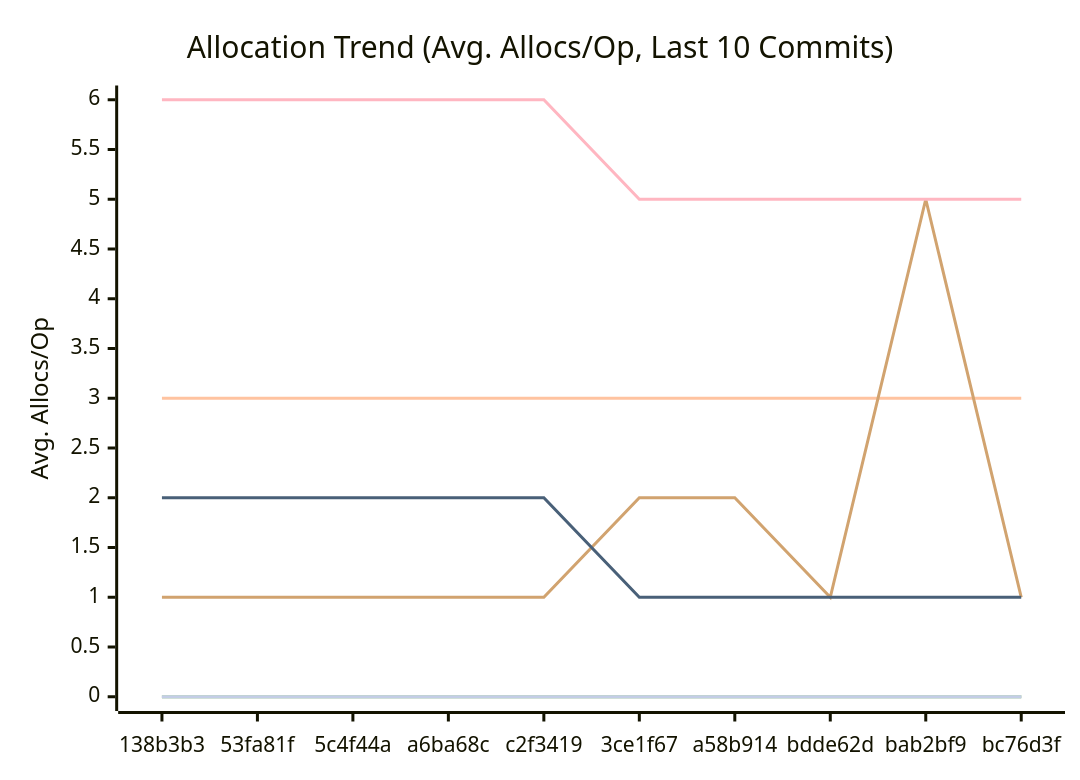
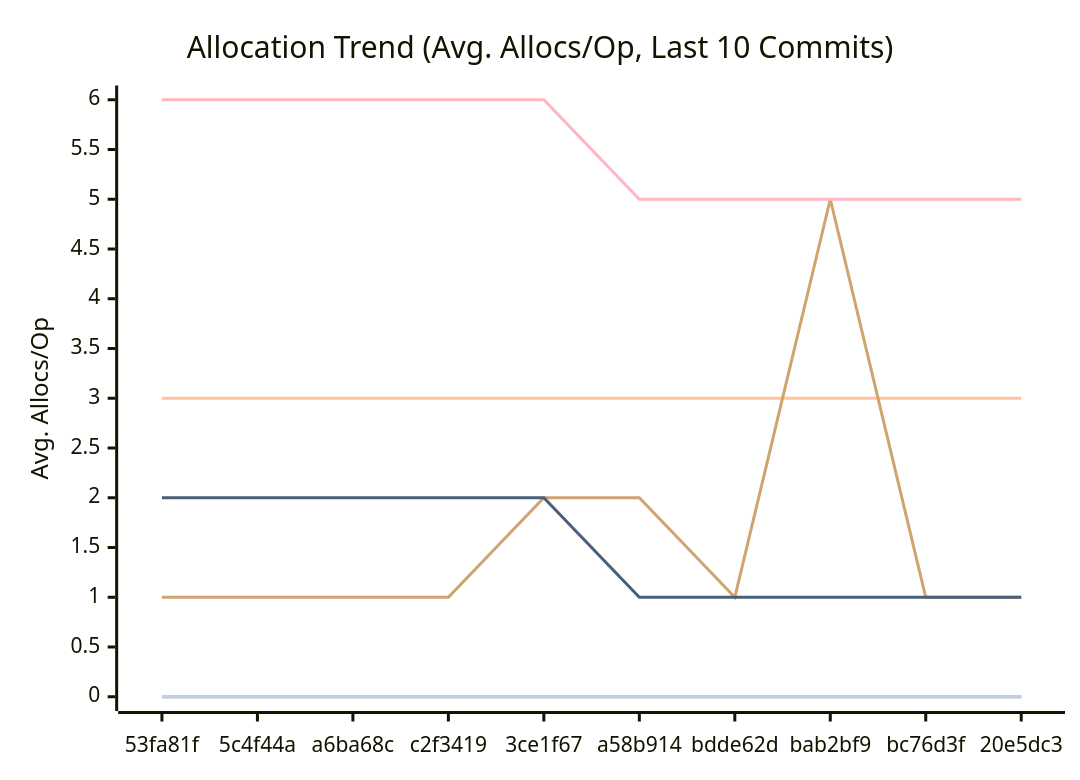
The third of 3 diagrams in docs/PERFORMANCE.md (alsotoes/momo), drawn with Mermaid before and after one commit. The commit also changed other lines of this file and 2 other files, not shown here.

````diff
--- a/docs/PERFORMANCE.md
+++ b/docs/PERFORMANCE.md
@@ -116,16 +114,16 @@
 ```mermaid
 xychart-beta
     title "Allocation Trend (Avg. Allocs/Op, Last 10 Commits)"
     x-axis "Commit"
     y-axis "Avg. Allocs/Op"
-    x-axis [138b3b3,53fa81f,5c4f44a,a6ba68c,c2f3419,3ce1f67,a58b914,bdde62d,bab2bf9,bc76d3f]
+    x-axis [53fa81f,5c4f44a,a6ba68c,c2f3419,3ce1f67,a58b914,bdde62d,bab2bf9,bc76d3f,20e5dc3]
     line "CheckMetricsAndSwap" [0,0,0,0,0,0,0,0,0,0]
     line "CrushOptimized" [0,0,0,0,0,0,0,0,0,0]
     line "CrushOriginal" [3,3,3,3,3,3,3,3,3,3]
     line "IndexDirectTracking" [0,0,0,0,0,0,0,0,0,0]
     line "IndexSearch" [0,0,0,0,0,0,0,0,0,0]
-    line "LoadGlobalConfig" [1,1,1,1,1,2,2,1,5,1]
+    line "LoadGlobalConfig" [1,1,1,1,2,2,1,5,1,1]
     line "PadString" [0,0,0,0,0,0,0,0,0,0]
     line "ParseReplicationOrder_NoPrealloc" [6,6,6,6,6,5,5,5,5,5]
     line "ParseReplicationOrder_Prealloc" [2,2,2,2,2,1,1,1,1,1]
 ```
````
